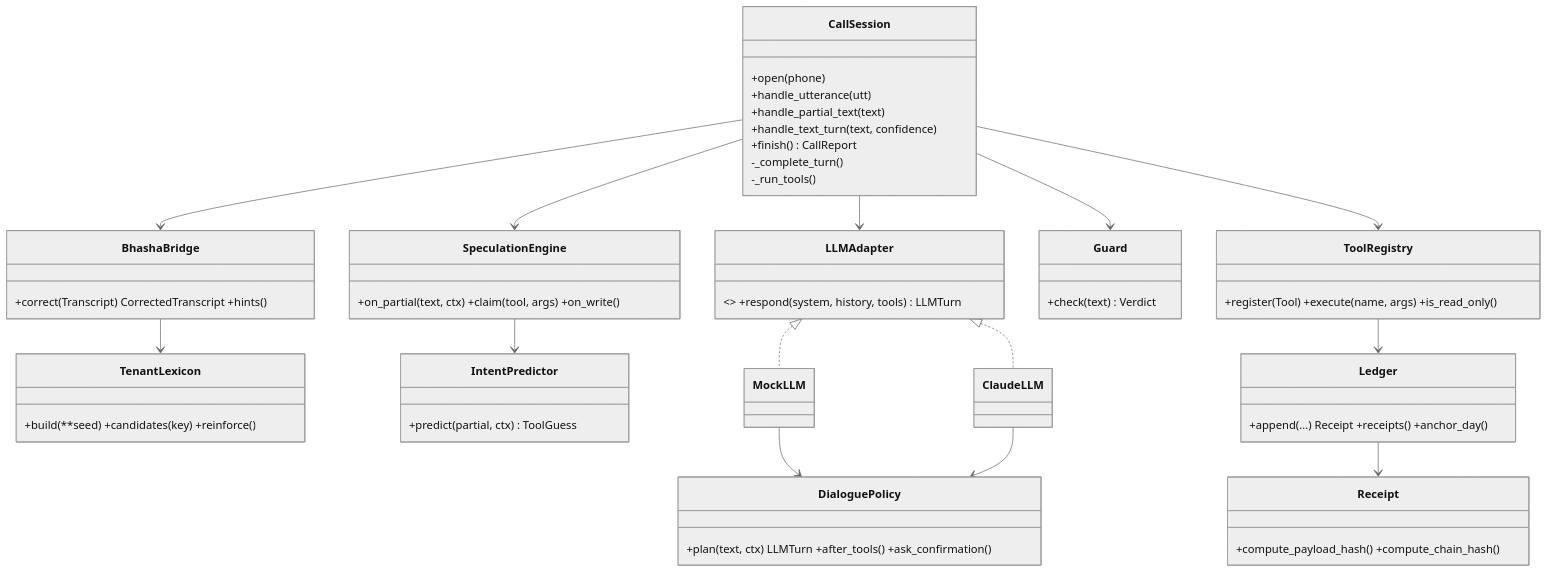
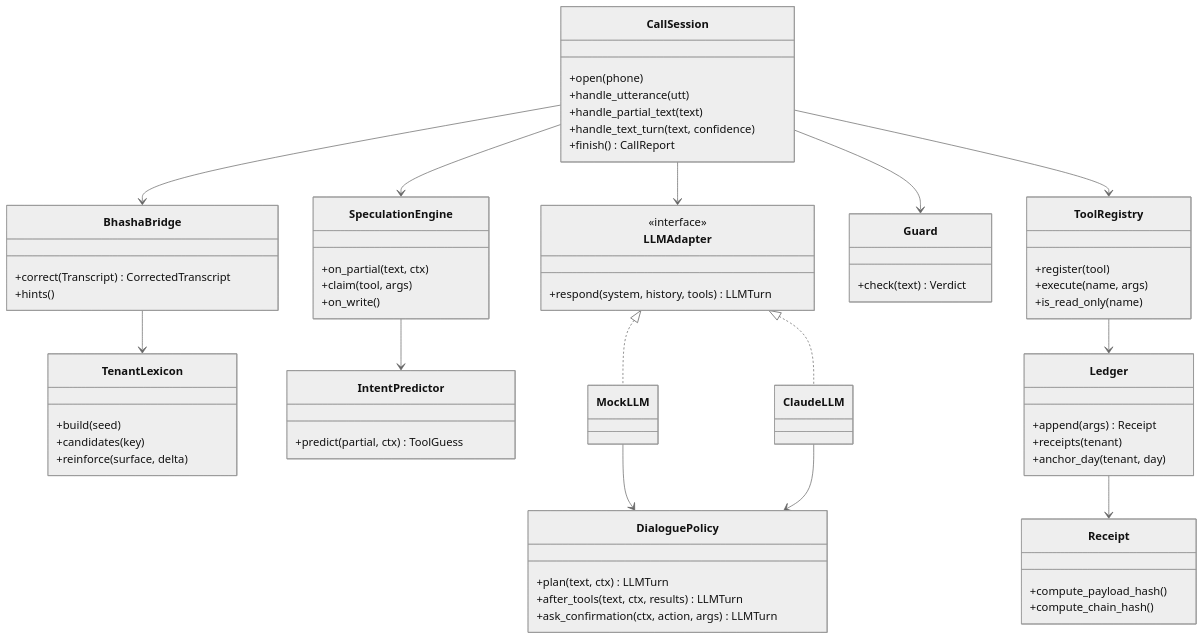
The seventh of 8 diagrams in docs/diagrams.md (aritra-25hazra/haanji), drawn with Mermaid (neutral theme) before and after one commit. The commit also changed other lines of this file and 4 other files, not shown here.

First line of the commit message:
report: diagrams render in the PDF

````diff
--- a/docs/diagrams.md
+++ b/docs/diagrams.md
@@ -152,37 +152,68 @@
 ```mermaid
 classDiagram
   class CallSession {
     +open(phone)
     +handle_utterance(utt)
     +handle_partial_text(text)
     +handle_text_turn(text, confidence)
     +finish() CallReport
-    -_complete_turn()
-    -_run_tools()
   }
-  class BhashaBridge { +correct(Transcript) CorrectedTranscript  +hints() }
-  class TenantLexicon { +build(**seed)  +candidates(key)  +reinforce() }
-  class SpeculationEngine { +on_partial(text, ctx)  +claim(tool, args)  +on_write() }
-  class IntentPredictor { +predict(partial, ctx) ToolGuess }
-  class DialoguePolicy { +plan(text, ctx) LLMTurn  +after_tools()  +ask_confirmation() }
-  class LLMAdapter { <<protocol>> +respond(system, history, tools) LLMTurn }
+  class BhashaBridge {
+    +correct(Transcript) CorrectedTranscript
+    +hints()
+  }
+  class TenantLexicon {
+    +build(seed)
+    +candidates(key)
+    +reinforce(surface, delta)
+  }
+  class SpeculationEngine {
+    +on_partial(text, ctx)
+    +claim(tool, args)
+    +on_write()
+  }
+  class IntentPredictor {
+    +predict(partial, ctx) ToolGuess
+  }
+  class DialoguePolicy {
+    +plan(text, ctx) LLMTurn
+    +after_tools(text, ctx, results) LLMTurn
+    +ask_confirmation(ctx, action, args) LLMTurn
+  }
+  class LLMAdapter {
+    <<interface>>
+    +respond(system, history, tools) LLMTurn
+  }
   class MockLLM
   class ClaudeLLM
-  class Guard { +check(text) Verdict }
-  class ToolRegistry { +register(Tool)  +execute(name, args)  +is_read_only() }
-  class Ledger { +append(...) Receipt  +receipts()  +anchor_day() }
-  class Receipt { +compute_payload_hash()  +compute_chain_hash() }
+  class Guard {
+    +check(text) Verdict
+  }
+  class ToolRegistry {
+    +register(tool)
+    +execute(name, args)
+    +is_read_only(name)
+  }
+  class Ledger {
+    +append(args) Receipt
+    +receipts(tenant)
+    +anchor_day(tenant, day)
+  }
+  class Receipt {
+    +compute_payload_hash()
+    +compute_chain_hash()
+  }
   CallSession --> BhashaBridge
   CallSession --> SpeculationEngine
   CallSession --> LLMAdapter
   CallSession --> Guard
   CallSession --> ToolRegistry
   BhashaBridge --> TenantLexicon
   SpeculationEngine --> IntentPredictor
   LLMAdapter <|.. MockLLM
   LLMAdapter <|.. ClaudeLLM
   MockLLM --> DialoguePolicy
   ClaudeLLM --> DialoguePolicy
   ToolRegistry --> Ledger
   Ledger --> Receipt
 ```
````
